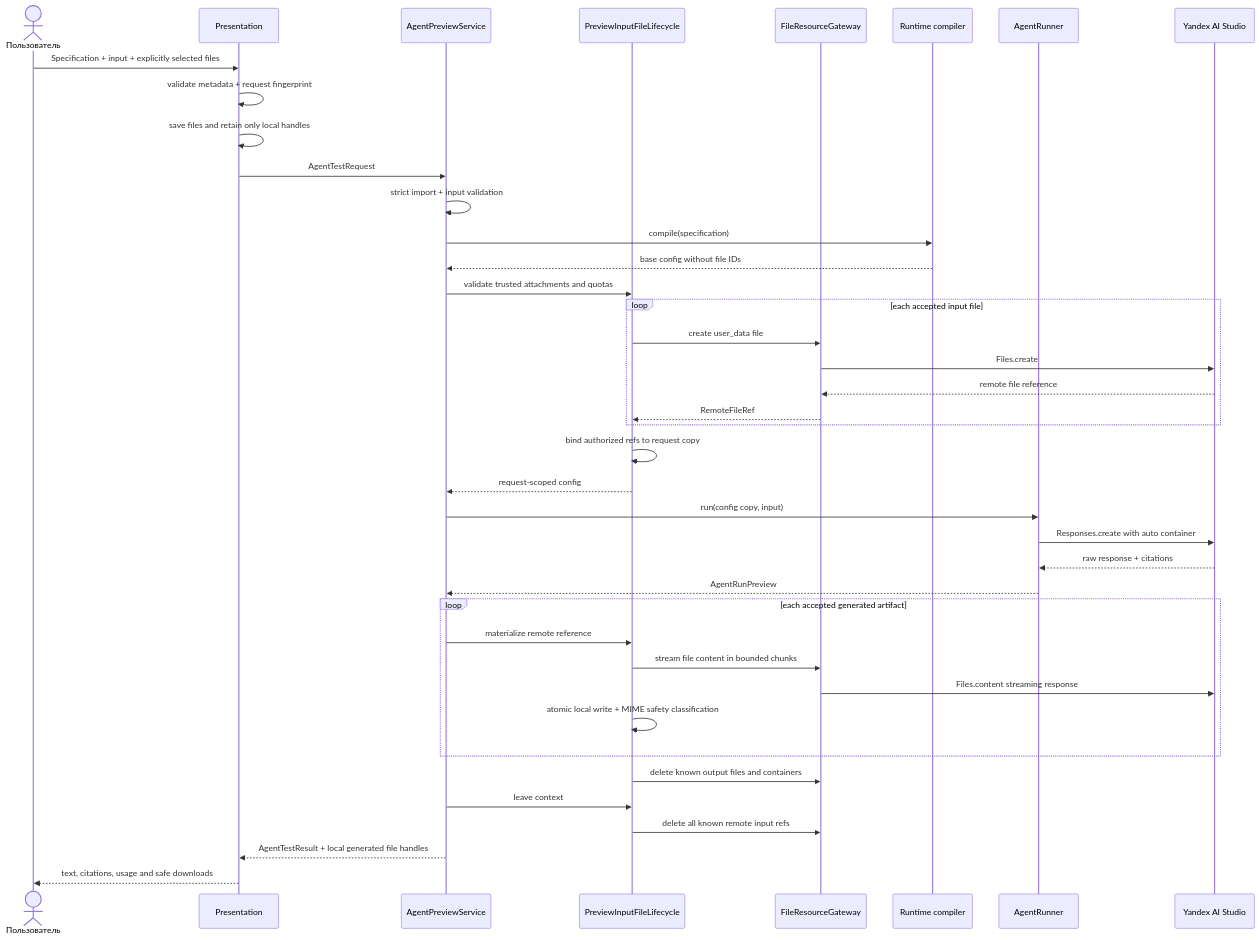
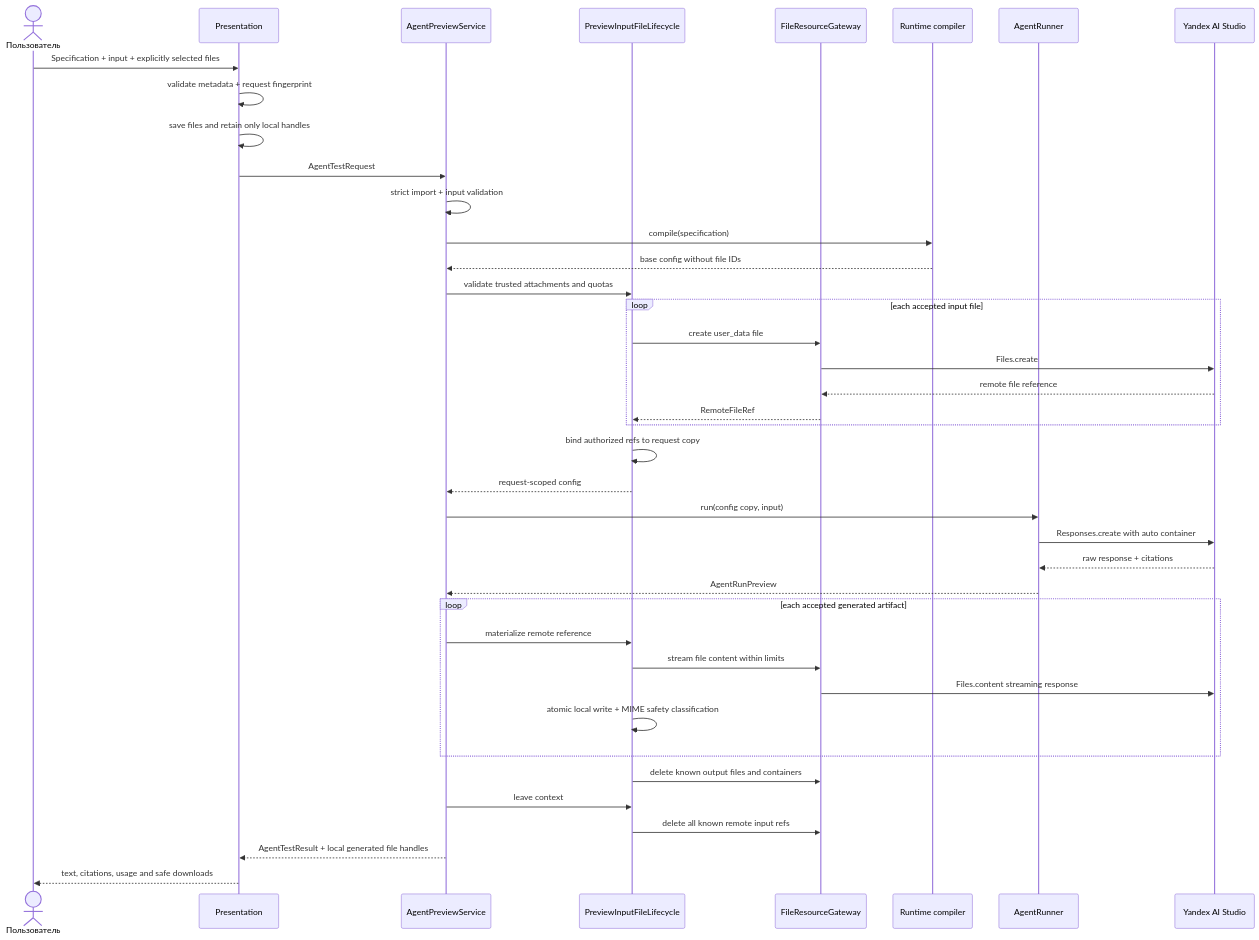
One commit to krevetka-is-afk/llm-agent-for-ai-studio changed the third of 3 diagrams in docs/architecture/sequences.md. Above: the diagram before and after it, drawn with Mermaid. The commit also changed other lines of this file and 22 other files, not shown here.

````diff
--- a/docs/architecture/sequences.md
+++ b/docs/architecture/sequences.md
@@ -64,43 +64,43 @@
 ```mermaid
 sequenceDiagram
     actor User as Пользователь
     participant UI as Presentation
     participant Preview as AgentPreviewService
     participant Files as PreviewInputFileLifecycle
     participant Gateway as FileResourceGateway
     participant Compiler as Runtime compiler
     participant Runner as AgentRunner
     participant API as Yandex AI Studio
 
     User->>UI: Specification + input + explicitly selected files
     UI->>UI: validate metadata + request fingerprint
     UI->>UI: save files and retain only local handles
     UI->>Preview: AgentTestRequest
     Preview->>Preview: strict import + input validation
     Preview->>Compiler: compile(specification)
     Compiler-->>Preview: base config without file IDs
     Preview->>Files: validate trusted attachments and quotas
     loop each accepted input file
         Files->>Gateway: create user_data file
         Gateway->>API: Files.create
         API-->>Gateway: remote file reference
         Gateway-->>Files: RemoteFileRef
     end
     Files->>Files: bind authorized refs to request copy
     Files-->>Preview: request-scoped config
     Preview->>Runner: run(config copy, input)
     Runner->>API: Responses.create with auto container
     API-->>Runner: raw response + citations
     Runner-->>Preview: AgentRunPreview
     loop each accepted generated artifact
         Preview->>Files: materialize remote reference
-        Files->>Gateway: stream file content in bounded chunks
+        Files->>Gateway: stream file content within limits
         Gateway->>API: Files.content streaming response
         Files->>Files: atomic local write + MIME safety classification
     end
     Files->>Gateway: delete known output files and containers
     Preview->>Files: leave context
     Files->>Gateway: delete all known remote input refs
     Preview-->>UI: AgentTestResult + local generated file handles
     UI-->>User: text, citations, usage and safe downloads
 ```
````
